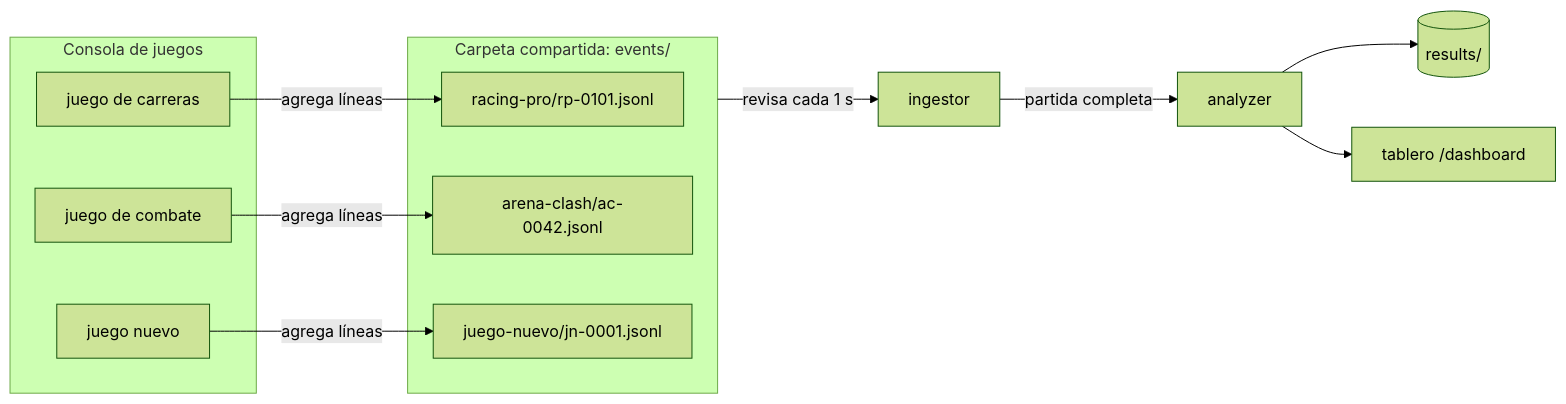
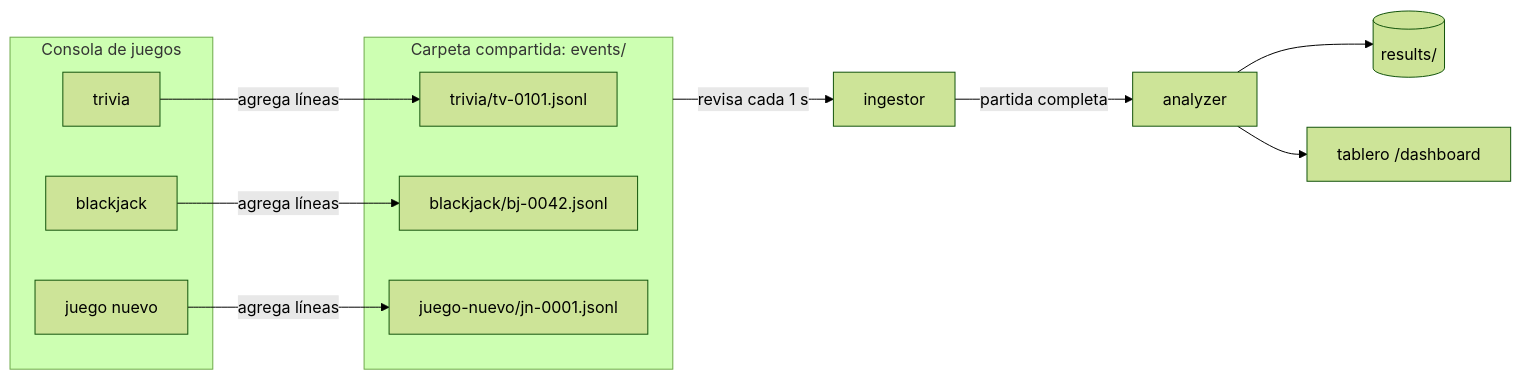
The diagram in docs/consola-futura.md (AndresZum04/gamestats), drawn with Mermaid (forest theme) before and after one commit. The commit also changed other lines of this file and 18 other files, not shown here.

````diff
--- a/docs/consola-futura.md
+++ b/docs/consola-futura.md
@@ -9,20 +9,20 @@
 ```mermaid
 flowchart LR
   subgraph consola[Consola de juegos]
-    j1[juego de carreras]
-    j2[juego de combate]
+    j1[trivia]
+    j2[blackjack]
     j3[juego nuevo]
   end
   subgraph carpeta[Carpeta compartida: events/]
-    f1[racing-pro/rp-0101.jsonl]
-    f2[arena-clash/ac-0042.jsonl]
+    f1[trivia/tv-0101.jsonl]
+    f2[blackjack/bj-0042.jsonl]
     f3[juego-nuevo/jn-0001.jsonl]
   end
   j1 -- agrega líneas --> f1
   j2 -- agrega líneas --> f2
   j3 -- agrega líneas --> f3
   carpeta -- revisa cada 1 s --> ing[ingestor]
   ing -- partida completa --> ana[analyzer]
   ana --> res[(results/)]
   ana --> tab[tablero /dashboard]
 ```
````
